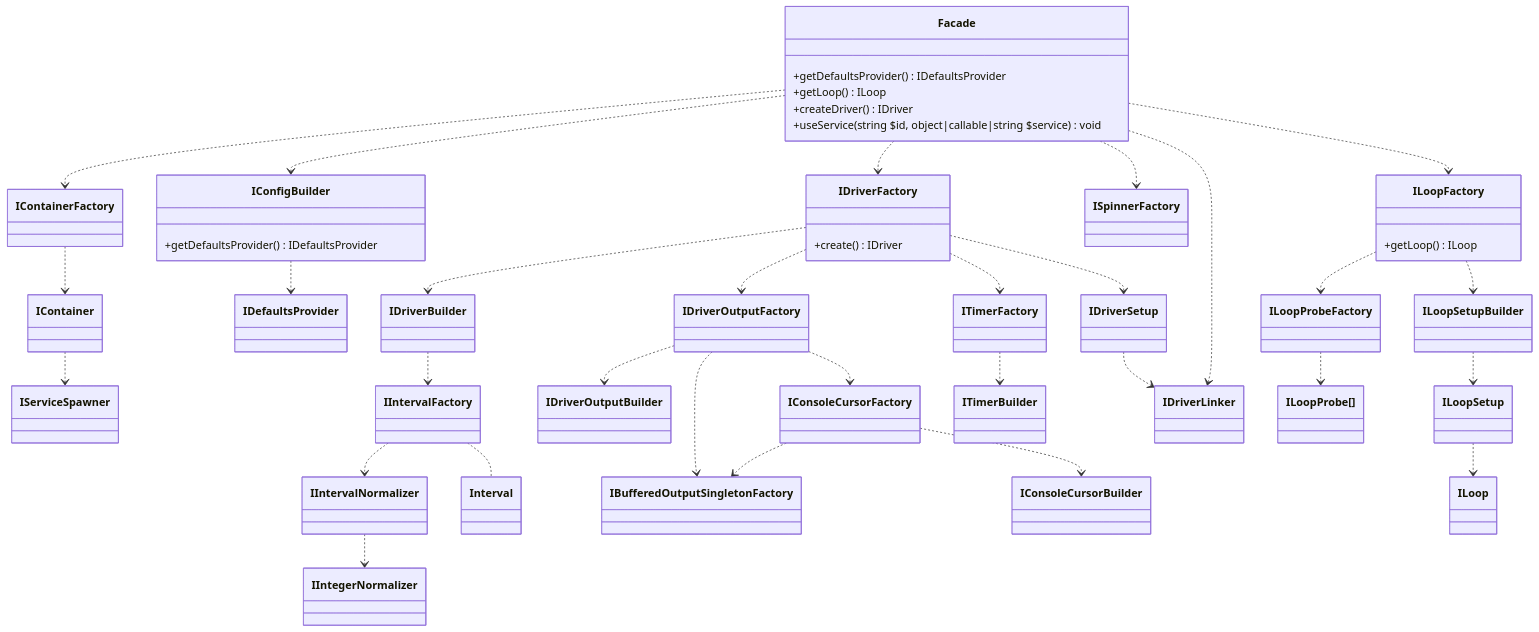
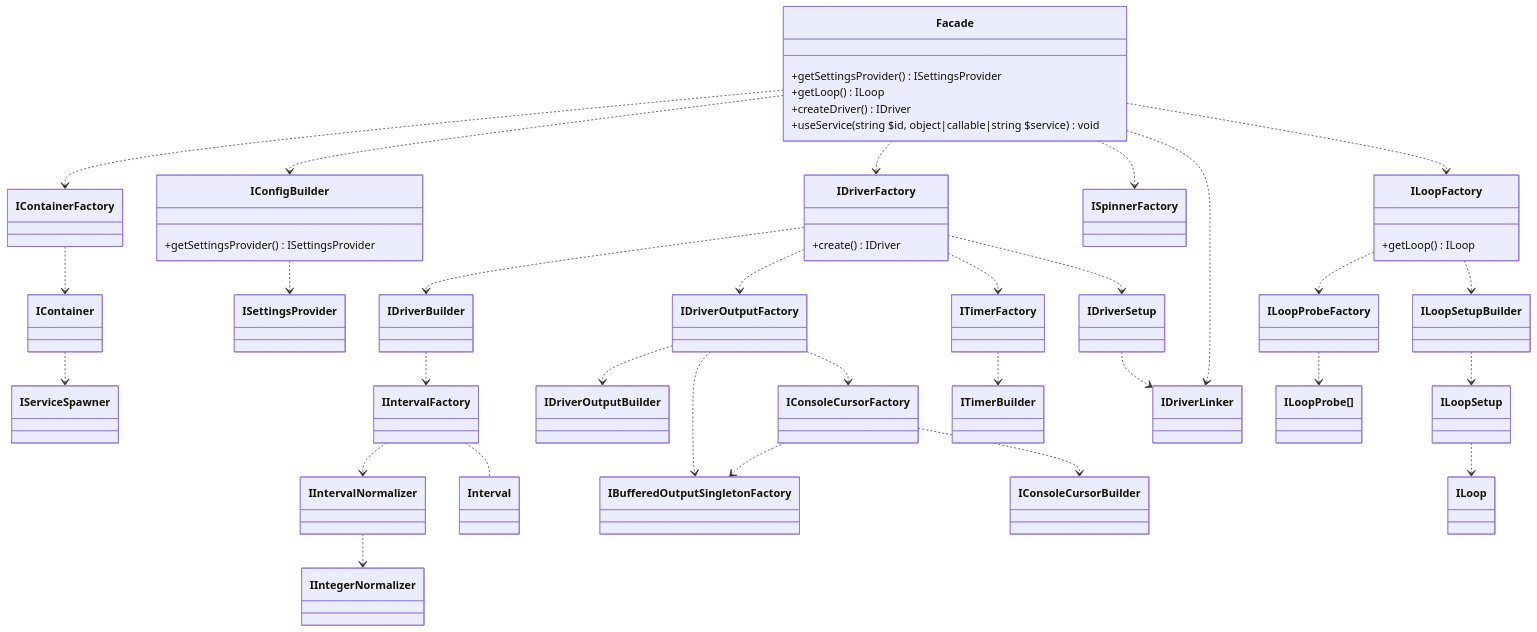
One commit to alecrabbit/php-console-spinner changed the first of 3 diagrams in doc/info/chart/services.md. Above: the diagram before and after it, drawn with Mermaid. The commit also changed other lines of this file and 1 other file, not shown here.

````diff
--- a/doc/info/chart/services.md
+++ b/doc/info/chart/services.md
@@ -3,68 +3,68 @@
 ```mermaid
 classDiagram
     direction TB
     Facade ..> IContainerFactory
     Facade ..> IConfigBuilder
     Facade ..> IDriverFactory
     Facade ..> ISpinnerFactory
     Facade ..> IDriverLinker
     Facade ..> ILoopFactory
    
 
     class Facade {
-        +getDefaultsProvider() IDefaultsProvider
+        +getSettingsProvider() ISettingsProvider
         +getLoop() ILoop
         +createDriver() IDriver
         +useService(string $id, object|callable|string $service) void
     }
     
     IContainerFactory ..> IContainer
     
     IContainer ..> IServiceSpawner
 
     IDriverFactory ..> IDriverBuilder
     IDriverFactory ..> IDriverOutputFactory
     IDriverFactory ..> ITimerFactory
     IDriverFactory ..> IDriverSetup
     
     class IDriverFactory {
         +create() IDriver
     }
     
     IDriverOutputFactory ..> IDriverOutputBuilder
     IDriverOutputFactory ..> IBufferedOutputSingletonFactory
     IDriverOutputFactory ..> IConsoleCursorFactory
     
     IDriverBuilder ..> IIntervalFactory
     
     IConsoleCursorFactory ..> IBufferedOutputSingletonFactory
     IConsoleCursorFactory ..> IConsoleCursorBuilder
     
     ITimerFactory ..> ITimerBuilder
     
     IDriverSetup ..> IDriverLinker
     
     ILoopSetup ..> ILoop
 
-    IConfigBuilder ..> IDefaultsProvider
+    IConfigBuilder ..> ISettingsProvider
     
     class IConfigBuilder {
-        +getDefaultsProvider() IDefaultsProvider
+        +getSettingsProvider() ISettingsProvider
     }
     
     ILoopFactory ..> ILoopProbeFactory
     ILoopFactory ..> ILoopSetupBuilder
     
     ILoopProbeFactory ..> `ILoopProbe[]`
     
     ILoopSetupBuilder ..> ILoopSetup
 
     class ILoopFactory {
         +getLoop() ILoop
     }
 
     IIntervalFactory ..> IIntervalNormalizer
     IIntervalFactory .. Interval
 
     IIntervalNormalizer ..> IIntegerNormalizer
 ```
````
